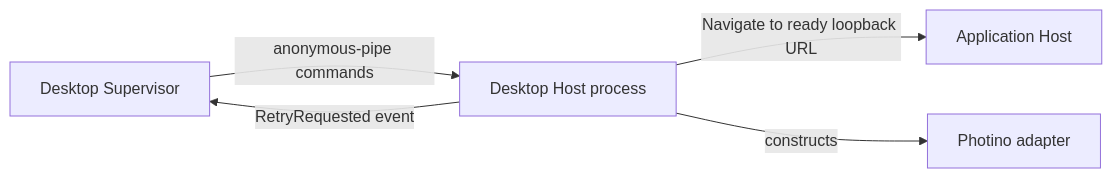
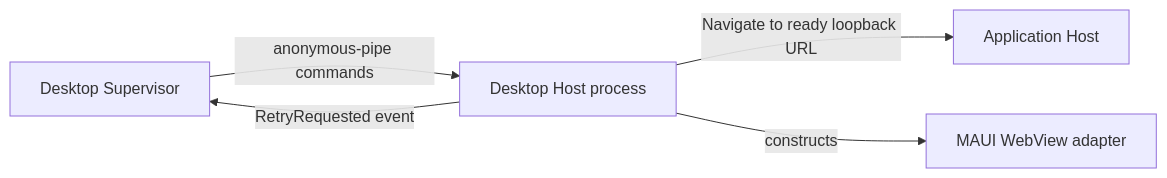
One commit to katasec/mission-control-language changed the diagram in src/ForgeMission.Desktop.Host/README.md. Above: the diagram before and after it, drawn with Mermaid. The commit also changed other lines of this file and 28 other files, not shown here.

Commit message:
feat(desktop): add MAUI in-process host spike

````diff
--- a/src/ForgeMission.Desktop.Host/README.md
+++ b/src/ForgeMission.Desktop.Host/README.md
@@ -40,7 +42,7 @@
 ```mermaid
 flowchart LR
   Supervisor[Desktop Supervisor] -->|anonymous-pipe commands| Host[Desktop Host process]
   Host -->|RetryRequested event| Supervisor
   Host -->|Navigate to ready loopback URL| AppHost[Application Host]
-  Host -->|constructs| Shell[Photino adapter]
+  Host -->|constructs| Shell[MAUI WebView adapter]
 ```
````
